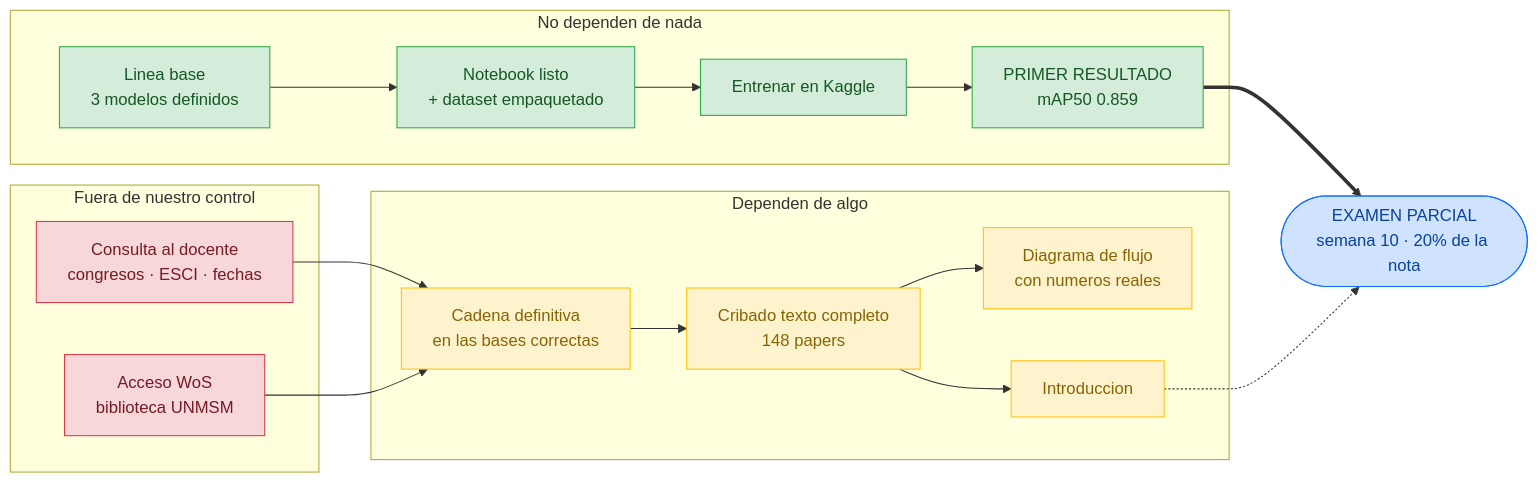
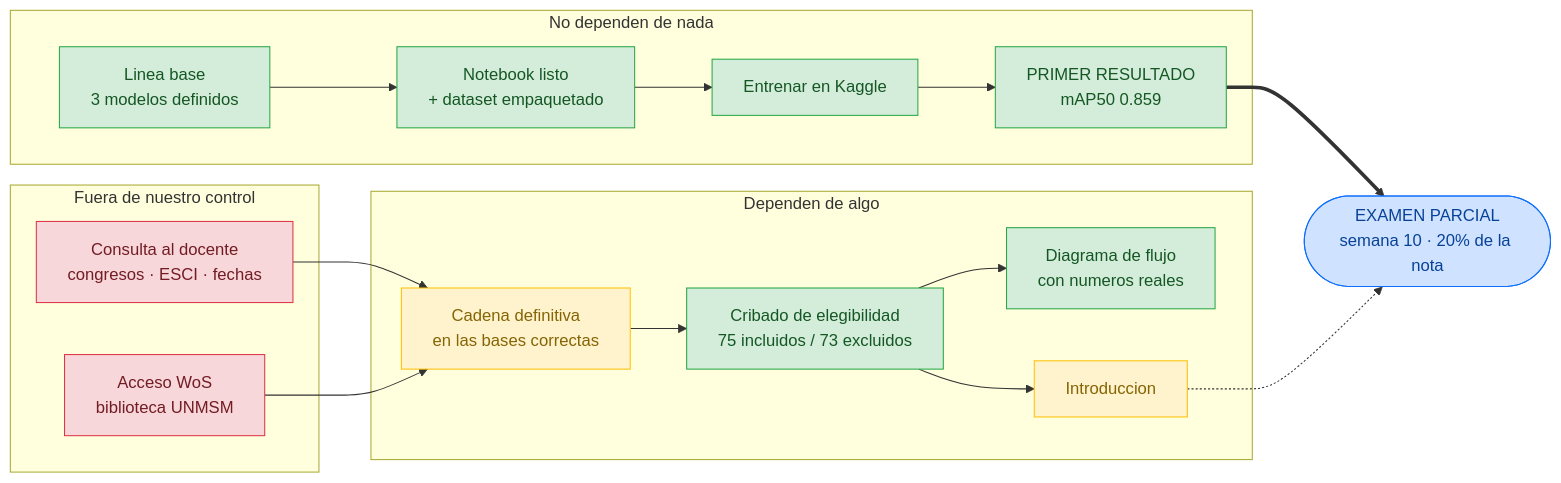
Before and after one commit to agajinformatica/Vision_por_computadora: the first of 2 diagrams in TRABAJO GRUPAL/Sobre Diagramas de Flujo/04_DEPENDENCIAS.md, drawn with Mermaid. The commit also changed 150 other files, not shown here.

````diff
--- a/TRABAJO GRUPAL/Sobre Diagramas de Flujo/04_DEPENDENCIAS.md
+++ b/TRABAJO GRUPAL/Sobre Diagramas de Flujo/04_DEPENDENCIAS.md
@@ -5,36 +5,36 @@
 ```mermaid
 flowchart LR
     subgraph EXT["Fuera de nuestro control"]
         X1["Consulta al docente<br/>congresos · ESCI · fechas"]:::blocked
         X2["Acceso WoS<br/>biblioteca UNMSM"]:::blocked
     end
 
     subgraph NADA["No dependen de nada"]
         Y1["Linea base<br/>3 modelos definidos"]:::ok
         Y2["Notebook listo<br/>+ dataset empaquetado"]:::ok
         Y3["Entrenar en Kaggle"]:::ok
         Y4["PRIMER RESULTADO<br/>mAP50 0.859"]:::ok
         Y1 --> Y2 --> Y3 --> Y4
     end
 
     subgraph DEP["Dependen de algo"]
         Z1["Cadena definitiva<br/>en las bases correctas"]:::todo
-        Z2["Cribado texto completo<br/>148 papers"]:::todo
-        Z3["Diagrama de flujo<br/>con numeros reales"]:::todo
+        Z2["Cribado de elegibilidad<br/>75 incluidos / 73 excluidos"]:::ok
+        Z3["Diagrama de flujo<br/>con numeros reales"]:::ok
         Z4["Introduccion"]:::todo
     end
 
     X1 --> Z1 --> Z2 --> Z3
     X2 --> Z1
     Z2 --> Z4
 
     PARCIAL(["EXAMEN PARCIAL<br/>semana 10 · 20% de la nota"]):::meta
     Y4 ==> PARCIAL
     Z4 -.-> PARCIAL
 
     classDef ok fill:#d4edda,stroke:#28a745,color:#155724
     classDef todo fill:#fff3cd,stroke:#ffc107,color:#856404
     classDef blocked fill:#f8d7da,stroke:#dc3545,color:#721c24
     classDef crit fill:#ff8787,stroke:#c92a2a,color:#fff
     classDef meta fill:#cfe2ff,stroke:#0d6efd,color:#084298
 ```
````
